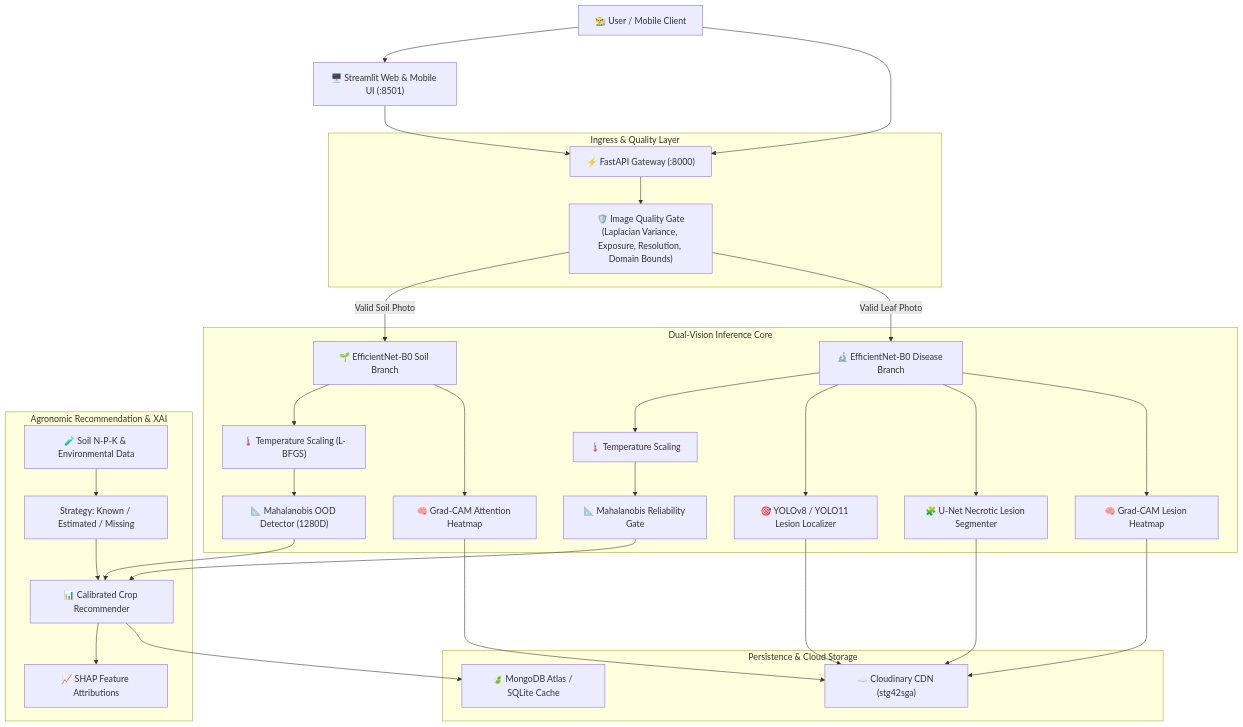
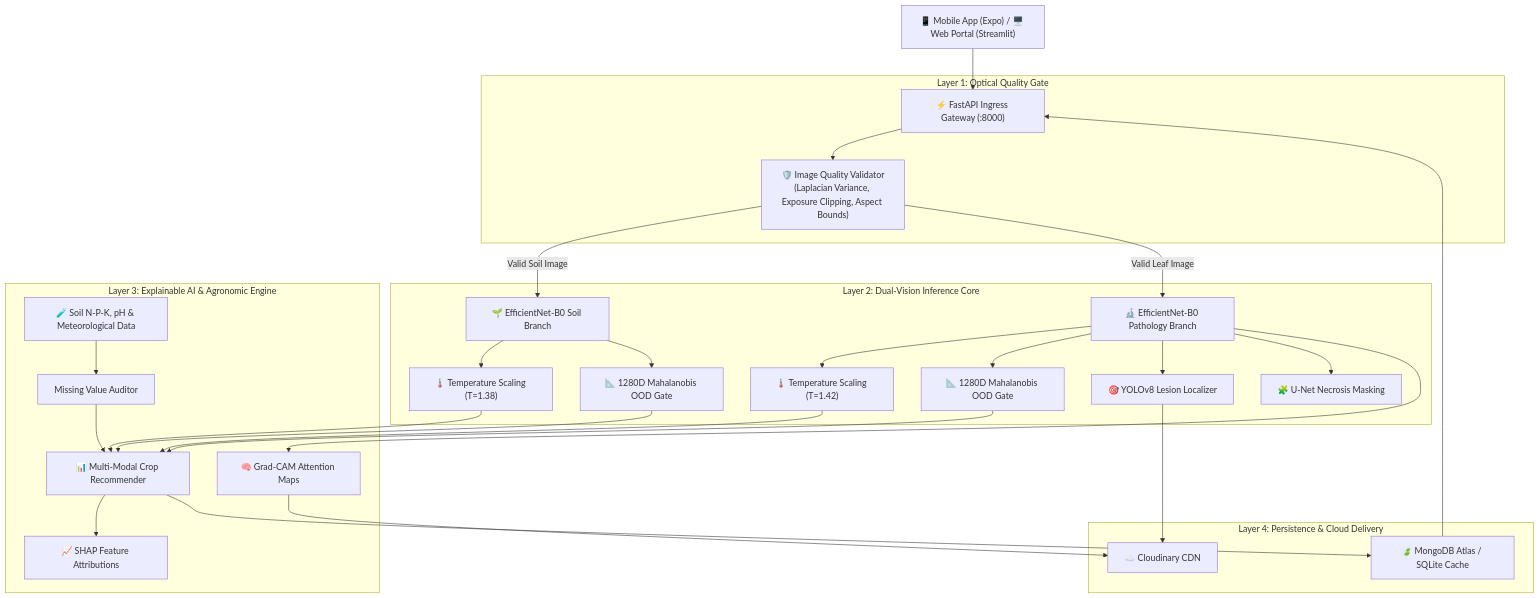
Before and after one commit to surajkumar-arch/Kisan-Seva: the diagram in README.md, drawn with Mermaid. The commit also changed other lines of this file and 56 other files, not shown here.

````diff
--- a/README.md
+++ b/README.md
@@ -16,43 +149,42 @@
 ```mermaid
 graph TD
-    Client["👨‍🌾 User / Mobile Client"] --> WebUI["🖥️ Streamlit Web & Mobile UI (:8501)"]
-    Client --> APIGateway["⚡ FastAPI Gateway (:8000)"]
-    WebUI --> APIGateway
-
-    subgraph "Ingress & Quality Layer"
-        APIGateway --> QG["🛡️ Image Quality Gate<br/>(Laplacian Variance, Exposure, Resolution, Domain Bounds)"]
+    Client["📱 Mobile App (Expo) / 🖥️ Web Portal (Streamlit)"] --> Gateway["⚡ FastAPI Ingress Gateway (:8000)"]
+    
+    subgraph "Layer 1: Optical Quality Gate"
+        Gateway --> QG["🛡️ Image Quality Validator<br/>(Laplacian Variance, Exposure Clipping, Aspect Bounds)"]
     end
-
-    subgraph "Dual-Vision Inference Core"
-        QG --> |Valid Soil Photo| SC["🌱 EfficientNet-B0 Soil Branch"]
-        QG --> |Valid Leaf Photo| DC["🔬 EfficientNet-B0 Disease Branch"]
+    
+    subgraph "Layer 2: Dual-Vision Inference Core"
+        QG -->|Valid Soil Image| SoilNet["🌱 EfficientNet-B0 Soil Branch"]
+        QG -->|Valid Leaf Image| LeafNet["🔬 EfficientNet-B0 Pathology Branch"]
         
-        SC --> ScalerS["🌡️ Temperature Scaling (L-BFGS)"]
-        ScalerS --> OODS["📐 Mahalanobis OOD Detector (1280D)"]
+        SoilNet --> SoilTemp["🌡️ Temperature Scaling (T=1.38)"]
+        LeafNet --> LeafTemp["🌡️ Temperature Scaling (T=1.42)"]
         
-        DC --> ScalerD["🌡️ Temperature Scaling"]
-        ScalerD --> OODD["📐 Mahalanobis Reliability Gate"]
+        SoilNet --> SoilMaha["📐 1280D Mahalanobis OOD Gate"]
+        LeafNet --> LeafMaha["📐 1280D Mahalanobis OOD Gate"]
         
-        DC --> YOLO["🎯 YOLOv8 / YOLO11 Lesion Localizer"]
-        DC --> UNET["🧩 U-Net Necrotic Lesion Segmenter"]
+        LeafNet --> YOLO["🎯 YOLOv8 Lesion Localizer"]
+        LeafNet --> UNET["🧩 U-Net Necrosis Masking"]
+    end
+    
+    subgraph "Layer 3: Explainable AI & Agronomic Engine"
+        SoilTemp --> Rec["📊 Multi-Modal Crop Recommender"]
+        LeafTemp --> Rec
+        SoilMaha --> Rec
+        LeafMaha --> Rec
         
-        SC --> GCAM_S["🧠 Grad-CAM Attention Heatmap"]
-        DC --> GCAM_D["🧠 Grad-CAM Lesion Heatmap"]
+        LabParams["🧪 Soil N-P-K, pH & Meteorological Data"] --> MissAudit["Missing Value Auditor"]
+        MissAudit --> Rec
+        
+        Rec --> SHAP["📈 SHAP Feature Attributions"]
+        LeafNet --> GCAM["🧠 Grad-CAM Attention Maps"]
     end
-
-    subgraph "Agronomic Recommendation & XAI"
-        OODS --> REC["📊 Calibrated Crop Recommender"]
-        OODD --> REC
-        Params["🧪 Soil N-P-K & Environmental Data"] --> MDS["Strategy: Known / Estimated / Missing"]
-        MDS --> REC
-        REC --> SHAP["📈 SHAP Feature Attributions"]
-    end
-
-    subgraph "Persistence & Cloud Storage"
-        GCAM_S --> CDN["☁️ Cloudinary CDN (stg42sga)"]
-        GCAM_D --> CDN
+    
+    subgraph "Layer 4: Persistence & Cloud Delivery"
+        GCAM --> CDN["☁️ Cloudinary CDN"]
         YOLO --> CDN
-        UNET --> CDN
-        REC --> DB["🍃 MongoDB Atlas / SQLite Cache"]
+        Rec --> DB["🍃 MongoDB Atlas / SQLite Cache"]
+        DB --> Gateway
     end
 ```
````
